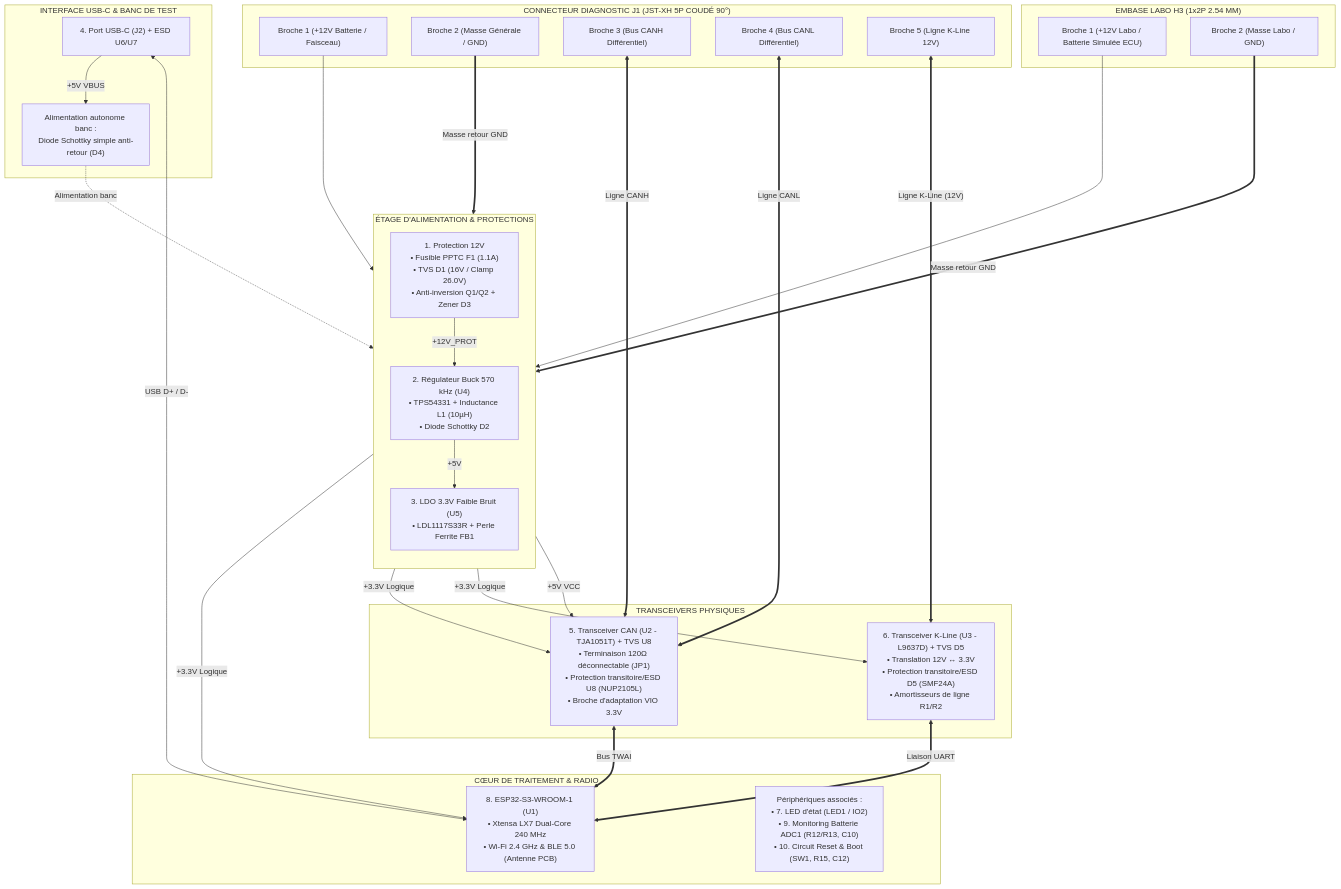
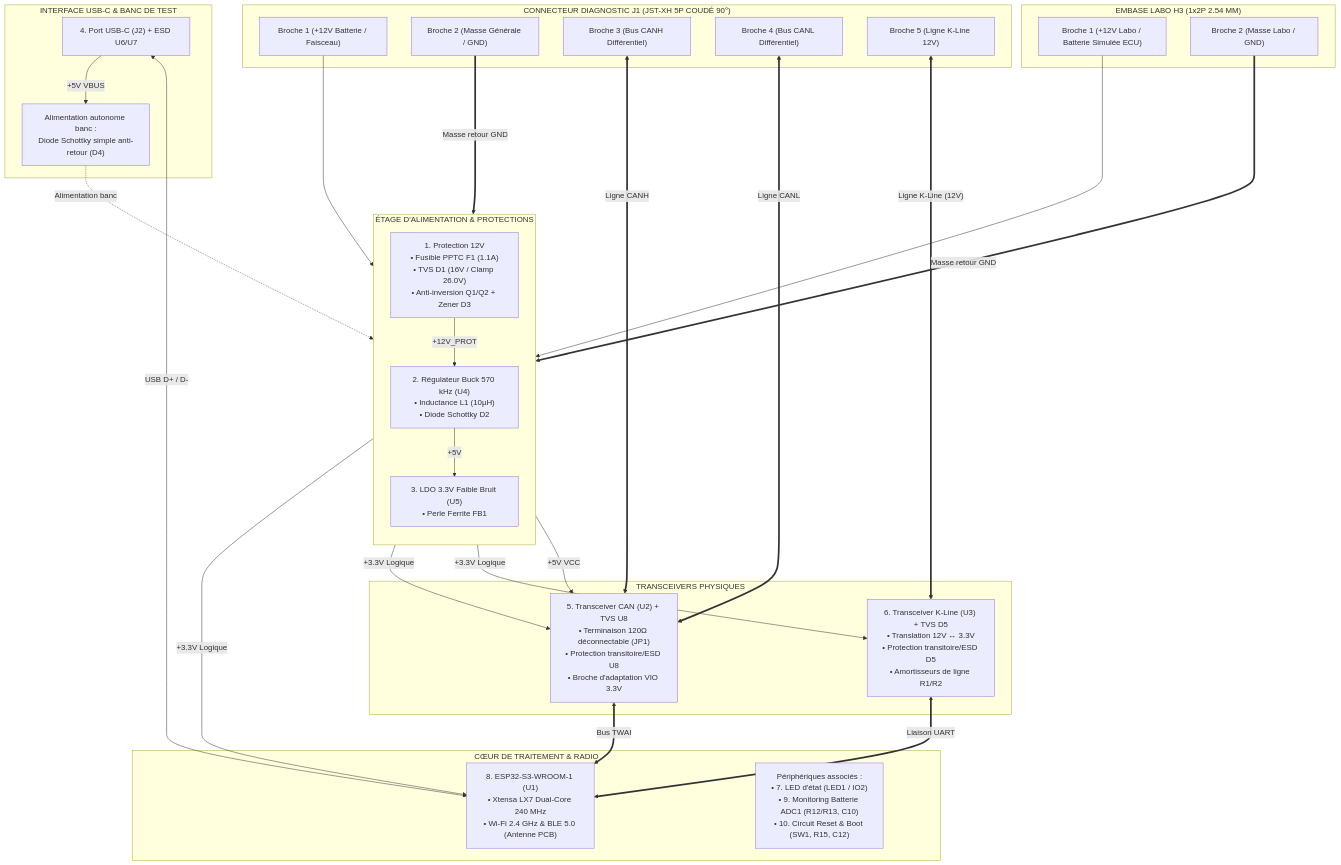
The first of 13 diagrams in documents/hardware.md (nitrogene/OBD2), drawn with Mermaid before and after one commit. The commit also changed other lines of this file and 6 other files, not shown here.

````diff
--- a/documents/hardware.md
+++ b/documents/hardware.md
@@ -26,69 +26,69 @@
 ```mermaid
 %%{init: {
   'themeVariables': {
     'fontFamily': 'Consolas, "Courier New", monospace',
     'fontSize': '12px'
   },
   'flowchart': {
     'curve': 'stepBefore',
     'nodeSpacing': 30,
     'rankSpacing': 40
   }
 }}%%
 flowchart TD
     subgraph J1_BLOCK["CONNECTEUR DIAGNOSTIC J1 (JST-XH 5P COUDÉ 90°)"]
         PIN1["Broche 1 (+12V Batterie / Faisceau)"]
         PIN2["Broche 2 (Masse Générale / GND)"]
         PIN3["Broche 3 (Bus CANH Différentiel)"]
         PIN4["Broche 4 (Bus CANL Différentiel)"]
         PIN5["Broche 5 (Ligne K-Line 12V)"]
     end
 
     subgraph H3_BLOCK["EMBASE LABO H3 (1x2P 2.54 MM)"]
         H3_1["Broche 1 (+12V Labo / Batterie Simulée ECU)"]
         H3_2["Broche 2 (Masse Labo / GND)"]
     end
 
     subgraph POWER["ÉTAGE D'ALIMENTATION & PROTECTIONS"]
         direction TB
         F1["1. Protection 12V\n• Fusible PPTC F1 (1.1A)\n• TVS D1 (16V / Clamp 26.0V)\n• Anti-inversion Q1/Q2 + Zener D3"]
-        BUCK["2. Régulateur Buck 570 kHz (U4)\n• TPS54331 + Inductance L1 (10µH)\n• Diode Schottky D2"]
-        LDO["3. LDO 3.3V Faible Bruit (U5)\n• LDL1117S33R + Perle Ferrite FB1"]
+        BUCK["2. Régulateur Buck 570 kHz (U4)\n• Inductance L1 (10µH)\n• Diode Schottky D2"]
+        LDO["3. LDO 3.3V Faible Bruit (U5)\n• Perle Ferrite FB1"]
         F1 -->|"+12V_PROT"| BUCK
         BUCK -->|"+5V"| LDO
     end
 
     subgraph TRANSCEIVERS["TRANSCEIVERS PHYSIQUES"]
-        CAN_IC["5. Transceiver CAN (U2 - TJA1051T) + TVS U8\n• Terminaison 120Ω déconnectable (JP1)\n• Protection transitoire/ESD U8 (NUP2105L)\n• Broche d'adaptation VIO 3.3V"]
-        KLINE_IC["6. Transceiver K-Line (U3 - L9637D) + TVS D5\n• Translation 12V ↔ 3.3V\n• Protection transitoire/ESD D5 (SMF24A)\n• Amortisseurs de ligne R1/R2"]
+        CAN_IC["5. Transceiver CAN (U2) + TVS U8\n• Terminaison 120Ω déconnectable (JP1)\n• Protection transitoire/ESD U8\n• Broche d'adaptation VIO 3.3V"]
+        KLINE_IC["6. Transceiver K-Line (U3) + TVS D5\n• Translation 12V ↔ 3.3V\n• Protection transitoire/ESD D5\n• Amortisseurs de ligne R1/R2"]
     end
 
     subgraph MCU["CŒUR DE TRAITEMENT & RADIO"]
         ESP["8. ESP32-S3-WROOM-1 (U1)\n• Xtensa LX7 Dual-Core 240 MHz\n• Wi-Fi 2.4 GHz & BLE 5.0 (Antenne PCB)"]
         PERIPH["Périphériques associés :\n• 7. LED d'état (LED1 / IO2)\n• 9. Monitoring Batterie ADC1 (R12/R13, C10)\n• 10. Circuit Reset & Boot (SW1, R15, C12)"]
     end
 
     subgraph USB_DEBUG["INTERFACE USB-C & BANC DE TEST"]
         USBC["4. Port USB-C (J2) + ESD U6/U7"]
         D4["Alimentation autonome banc :\nDiode Schottky simple anti-retour (D4)"]
         USBC -->|"+5V VBUS"| D4
         D4 -.->|Alimentation banc| LDO
         USBC <-->|"USB D+ / D-"| ESP
     end
 
     PIN1 --> F1
     H3_1 --> F1
     PIN2 ===>|"Masse retour GND"| POWER
     H3_2 ===>|"Masse retour GND"| POWER
     PIN3 <==>|"Ligne CANH"| CAN_IC
     PIN4 <==>|"Ligne CANL"| CAN_IC
     PIN5 <==>|"Ligne K-Line (12V)"| KLINE_IC
 
     LDO -->|"+3.3V Logique"| ESP
     LDO -->|"+3.3V Logique"| CAN_IC
     LDO -->|"+3.3V Logique"| KLINE_IC
     BUCK -->|"+5V VCC"| CAN_IC
 
     CAN_IC <==>|"Bus TWAI"| ESP
     KLINE_IC <==>|"Liaison UART"| ESP
 ```
````
